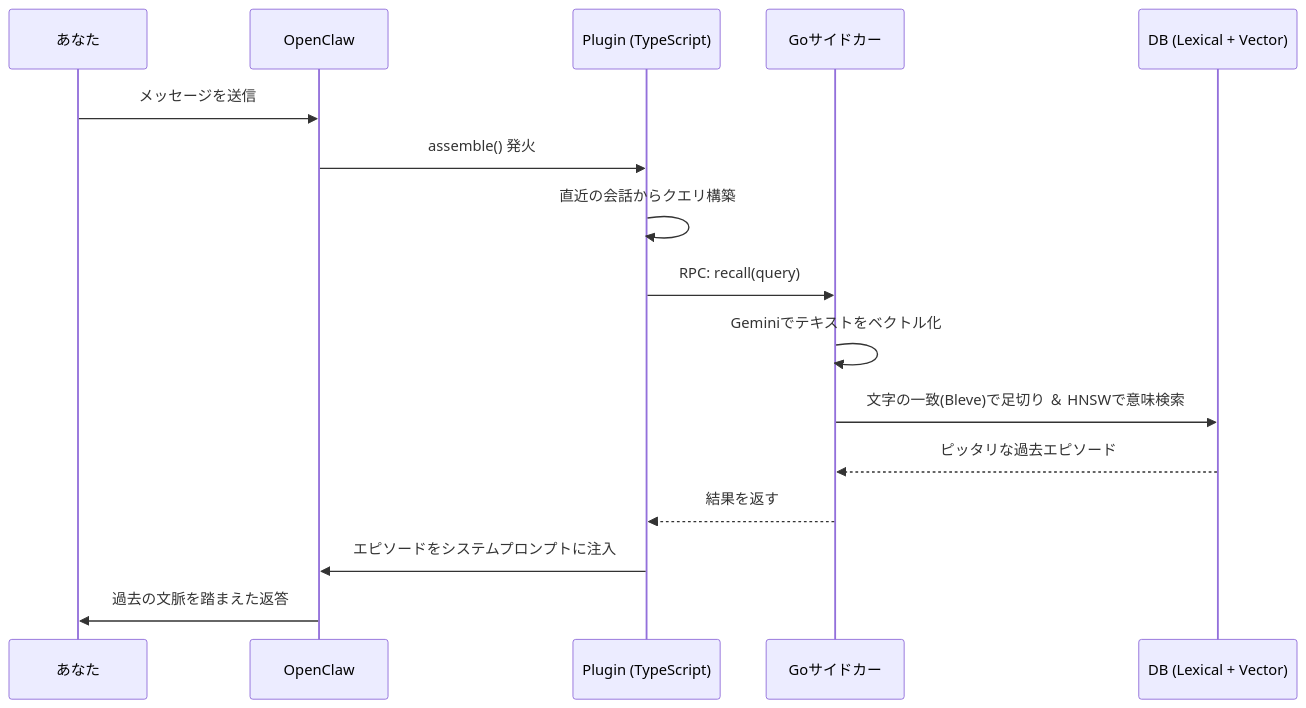
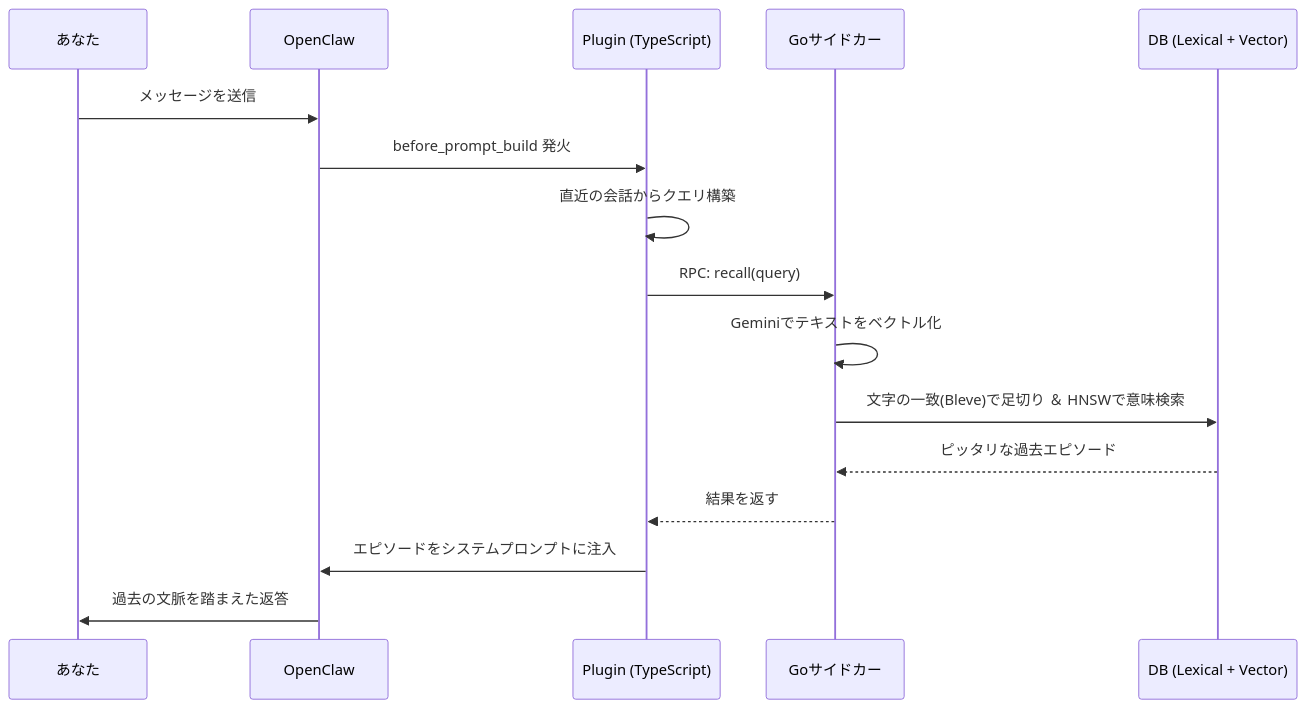
Before and after one commit to YoshiaKefasu/episodic-claw: the diagram in README.ja.md, drawn with Mermaid. The commit also changed other lines of this file and 7 other files, not shown here.

````diff
--- a/README.ja.md
+++ b/README.ja.md
@@ -45,19 +41,19 @@
 ```mermaid
 sequenceDiagram
     participant User as あなた
     participant OpenClaw
     participant TS as Plugin (TypeScript)
     participant Go as Goサイドカー
     participant DB as DB (Lexical + Vector)
 
     User->>OpenClaw: メッセージを送信
-    OpenClaw->>TS: assemble() 発火
+    OpenClaw->>TS: before_prompt_build 発火
     TS->>TS: 直近の会話からクエリ構築
     TS->>Go: RPC: recall(query)
     Go->>Go: Geminiでテキストをベクトル化
     Go->>DB: 文字の一致(Bleve)で足切り ＆ HNSWで意味検索
     DB-->>Go: ピッタリな過去エピソード
     Go-->>TS: 結果を返す
     TS->>OpenClaw: エピソードをシステムプロンプトに注入
     OpenClaw->>User: 過去の文脈を踏まえた返答
 ```
````
